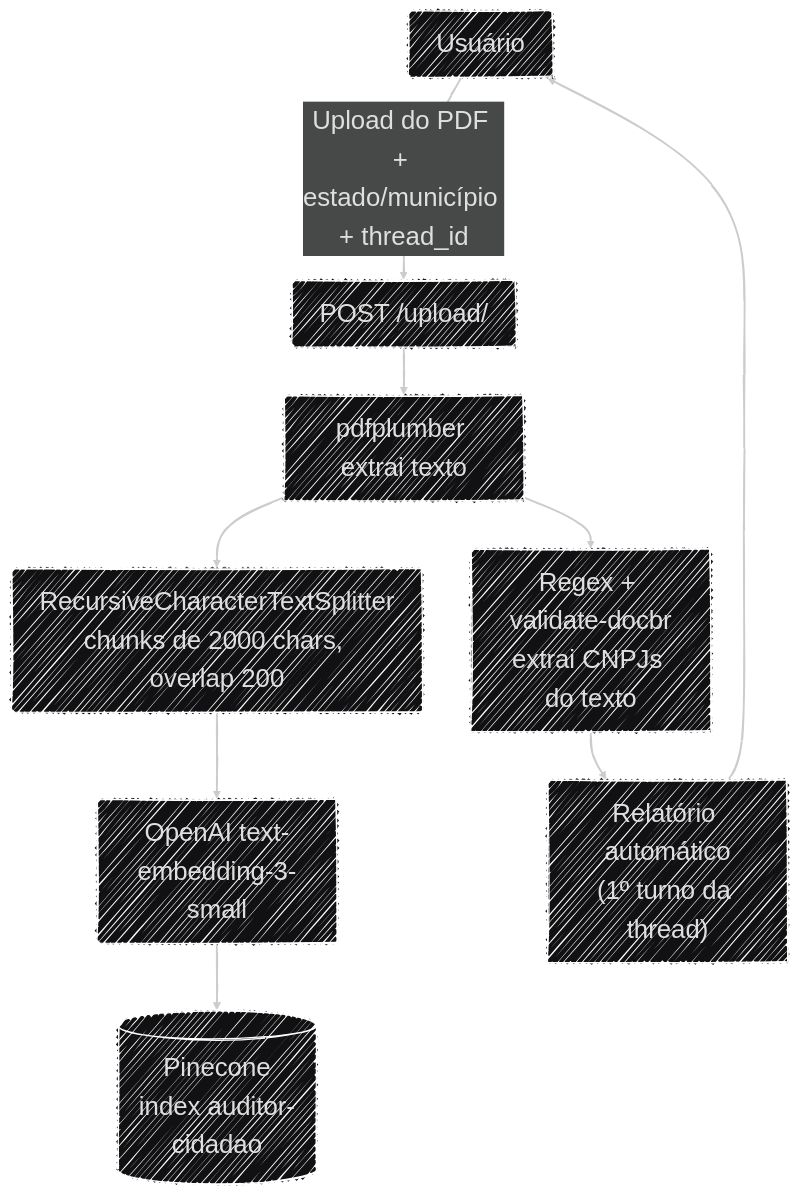
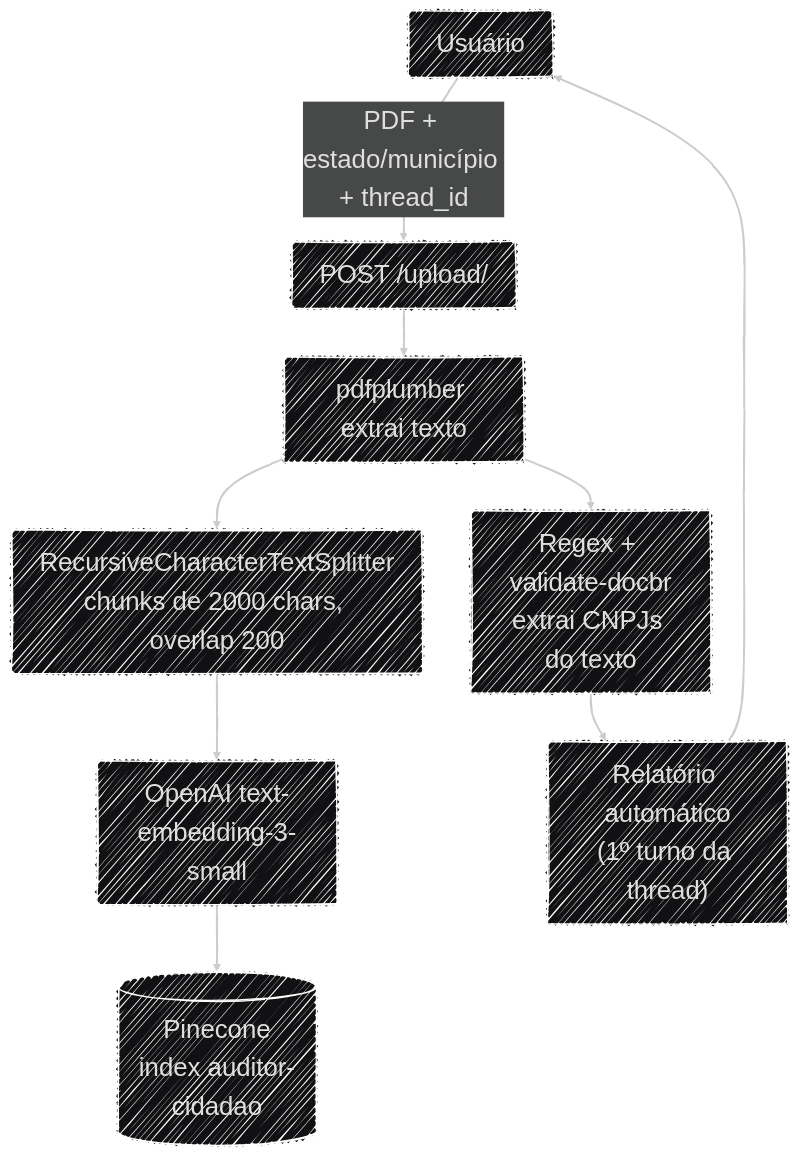
The first of 3 diagrams in docs/arquitetura/fluxo_dados.md (Moreira-89/auditor-cidadao), drawn with Mermaid before and after one commit. The commit also changed other lines of this file and 19 other files, not shown here.

````diff
--- a/docs/arquitetura/fluxo_dados.md
+++ b/docs/arquitetura/fluxo_dados.md
@@ -8,21 +8,21 @@
 ```mermaid
 ---
 config:
   layout: dagre
   theme: redux-dark
   look: handDrawn
   fontFamily: '''Source Code Pro Variable'', monospace'
   themeVariables:
     fontFamily: '''Source Code Pro Variable'', monospace'
     fontSize: '28px'
 ---
 flowchart TB
-    U["Usuário"] -->|"Upload do PDF + estado/município + thread_id"| UP["POST /upload/"]
+    U["Usuário"] -->|"PDF + estado/município + thread_id"| UP["POST /upload/"]
     UP --> PDF["pdfplumber extrai texto"]
     PDF --> CHUNK["RecursiveCharacterTextSplitter<br>chunks de 2000 chars, overlap 200"]
     CHUNK --> EMB["OpenAI text-embedding-3-small"]
     EMB --> PC[("Pinecone<br>index auditor-cidadao")]
     PDF --> CNPJ["Regex + validate-docbr<br>extrai CNPJs do texto"]
     CNPJ --> REL["Relatório automático<br>(1º turno da thread)"]
     REL --> U
 ```
````
